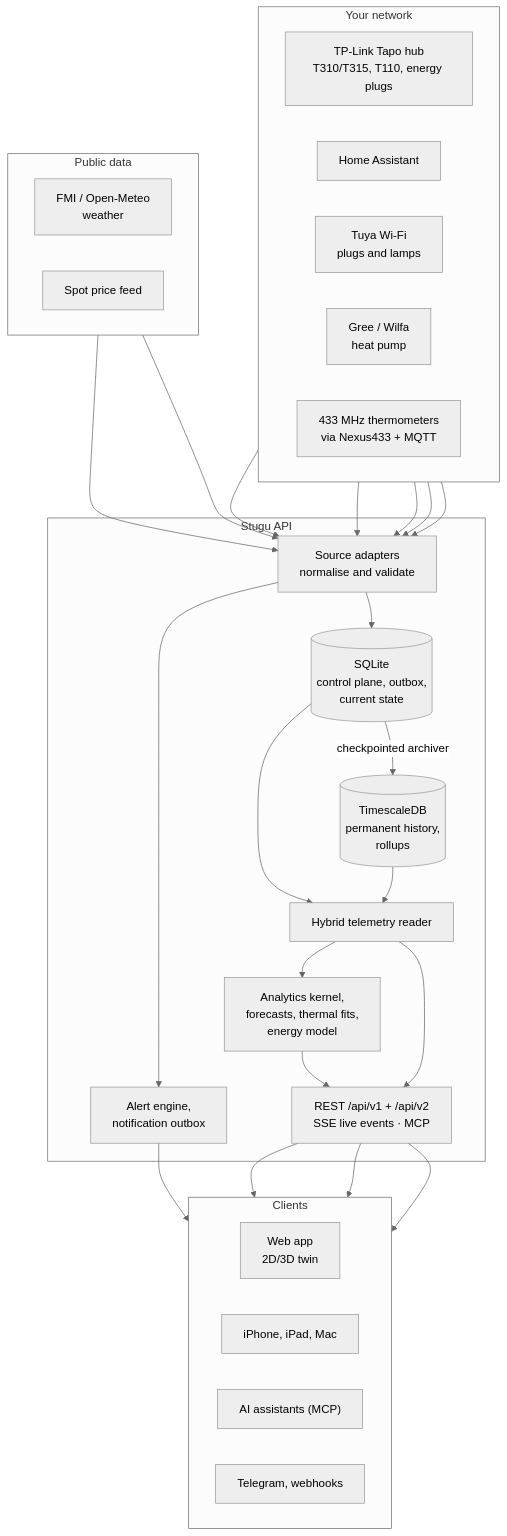
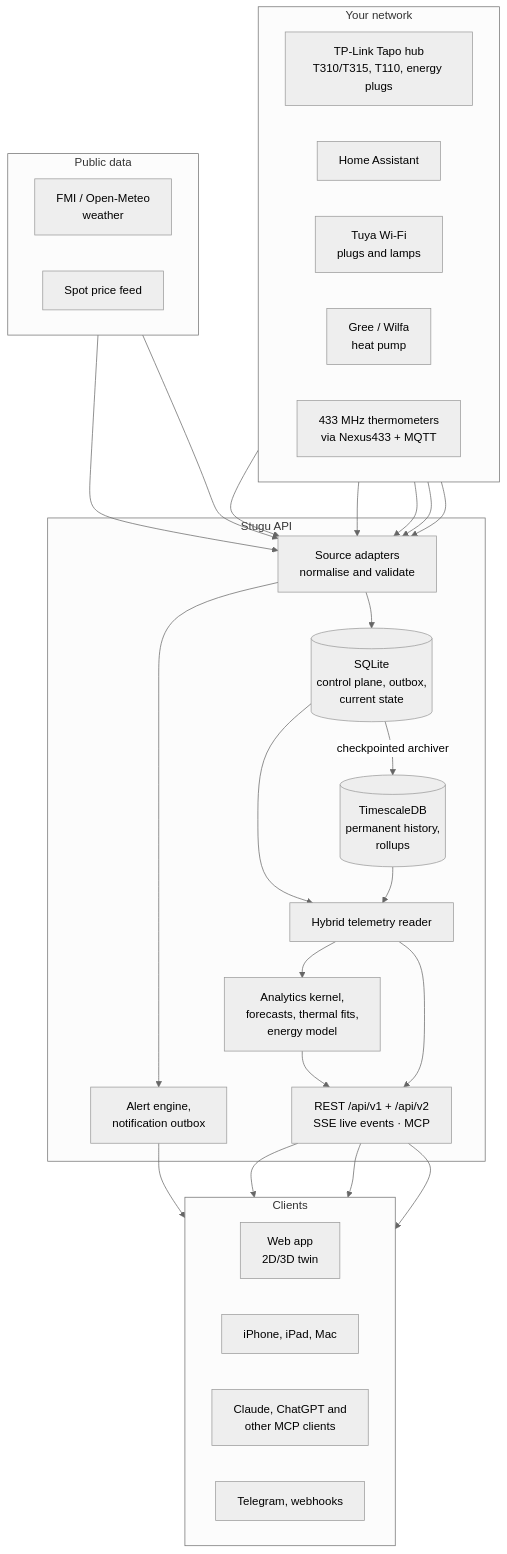
Before and after one commit to liljestk/open-stuga: the first of 3 diagrams in README.md, drawn with Mermaid (neutral theme). The commit also changed other lines of this file and 57 other files, not shown here.

````diff
--- a/README.md
+++ b/README.md
@@ -102,52 +104,52 @@
 ```mermaid
 flowchart TB
     subgraph devices["Your network"]
         direction LR
         tapo["TP-Link Tapo hub<br/>T310/T315, T110, energy plugs"]
         ha["Home Assistant"]
         tuya["Tuya Wi-Fi<br/>plugs and lamps"]
         gree["Gree / Wilfa<br/>heat pump"]
         n433["433 MHz thermometers<br/>via Nexus433 + MQTT"]
     end
     subgraph public["Public data"]
         direction LR
         weather["FMI / Open-Meteo<br/>weather"]
         prices["Spot price feed"]
     end
     subgraph stugu["Stugu API"]
         adapters["Source adapters<br/>normalise and validate"]
         sqlite[("SQLite<br/>control plane, outbox,<br/>current state")]
         tsdb[("TimescaleDB<br/>permanent history,<br/>rollups")]
         reader["Hybrid telemetry reader"]
         analytics["Analytics kernel,<br/>forecasts, thermal fits,<br/>energy model"]
         alerts["Alert engine,<br/>notification outbox"]
         api["REST /api/v1 + /api/v2<br/>SSE live events · MCP"]
     end
     subgraph clients["Clients"]
         direction LR
         web["Web app<br/>2D/3D twin"]
         apple["iPhone, iPad, Mac"]
-        mcp["AI assistants (MCP)"]
+        mcp["Claude, ChatGPT and<br/>other MCP clients"]
         notify["Telegram, webhooks"]
     end
 
     tapo --> adapters
     ha --> adapters
     tuya --> adapters
     gree --> adapters
     n433 --> adapters
     weather --> adapters
     prices --> adapters
     adapters --> sqlite
     sqlite -->|checkpointed archiver| tsdb
     sqlite --> reader
     tsdb --> reader
     reader --> analytics
     analytics --> api
     reader --> api
     adapters --> alerts
     alerts --> notify
     api --> web
     api --> apple
     api --> mcp
 ```
````
